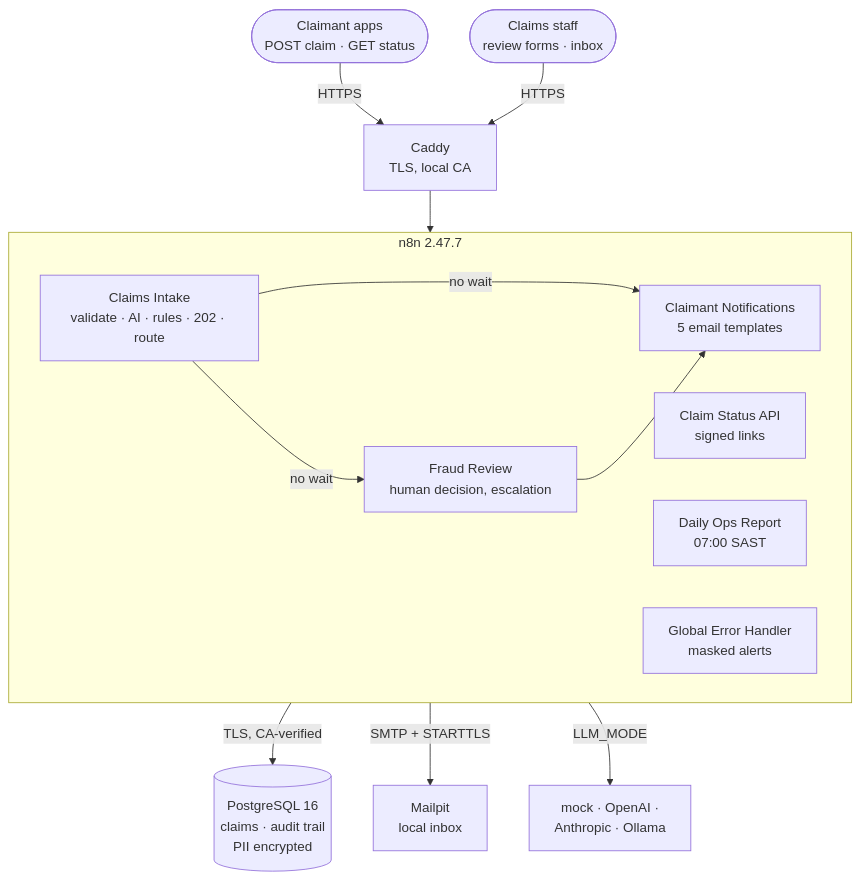
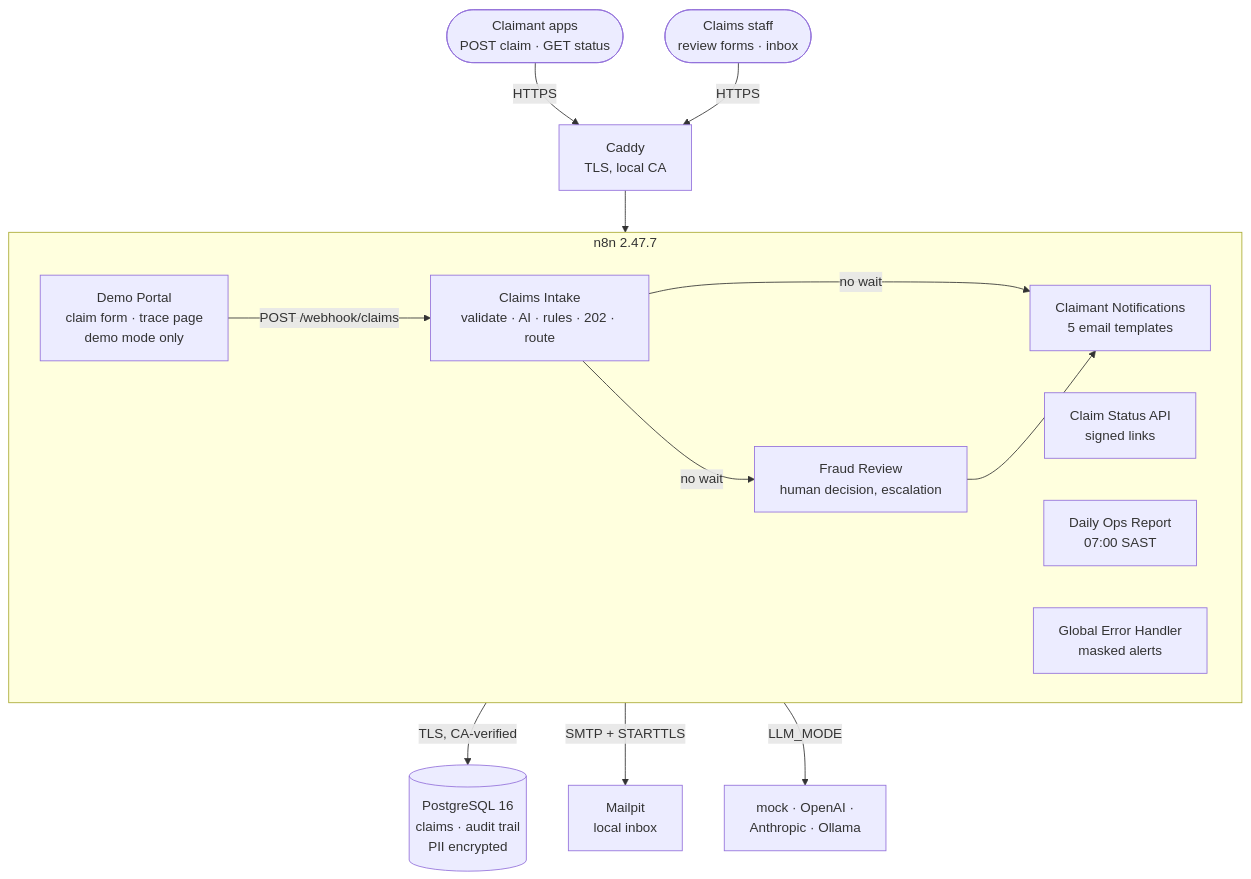
The first of 2 diagrams in README.md (CDS2210/n8n-claimflow), drawn with Mermaid before and after one commit. The commit also changed other lines of this file and 11 other files, not shown here.

First line of the commit message:
Demo mode: claim form, live Claim Trace page, node-by-node executions

````diff
--- a/README.md
+++ b/README.md
@@ -52,22 +54,24 @@
 ```mermaid
 flowchart TB
     claimant([Claimant apps<br/>POST claim · GET status]) -->|HTTPS| caddy
     staff([Claims staff<br/>review forms · inbox]) -->|HTTPS| caddy
     caddy[Caddy<br/>TLS, local CA] --> n8n
 
     subgraph n8n [n8n 2.47.7]
         intake[Claims Intake<br/>validate · AI · rules · 202 · route]
         fraud[Fraud Review<br/>human decision, escalation]
         notify[Claimant Notifications<br/>5 email templates]
         status[Claim Status API<br/>signed links]
         report[Daily Ops Report<br/>07:00 SAST]
         errors[Global Error Handler<br/>masked alerts]
+        demo[Demo Portal<br/>claim form · trace page<br/>demo mode only]
+        demo -->|POST /webhook/claims| intake
         intake -->|no wait| fraud
         intake -->|no wait| notify
         fraud --> notify
     end
 
     n8n -->|TLS, CA-verified| pg[(PostgreSQL 16<br/>claims · audit trail<br/>PII encrypted)]
     n8n -->|SMTP + STARTTLS| mail[Mailpit<br/>local inbox]
     n8n -->|LLM_MODE| llm[mock · OpenAI ·<br/>Anthropic · Ollama]
 ```
````
